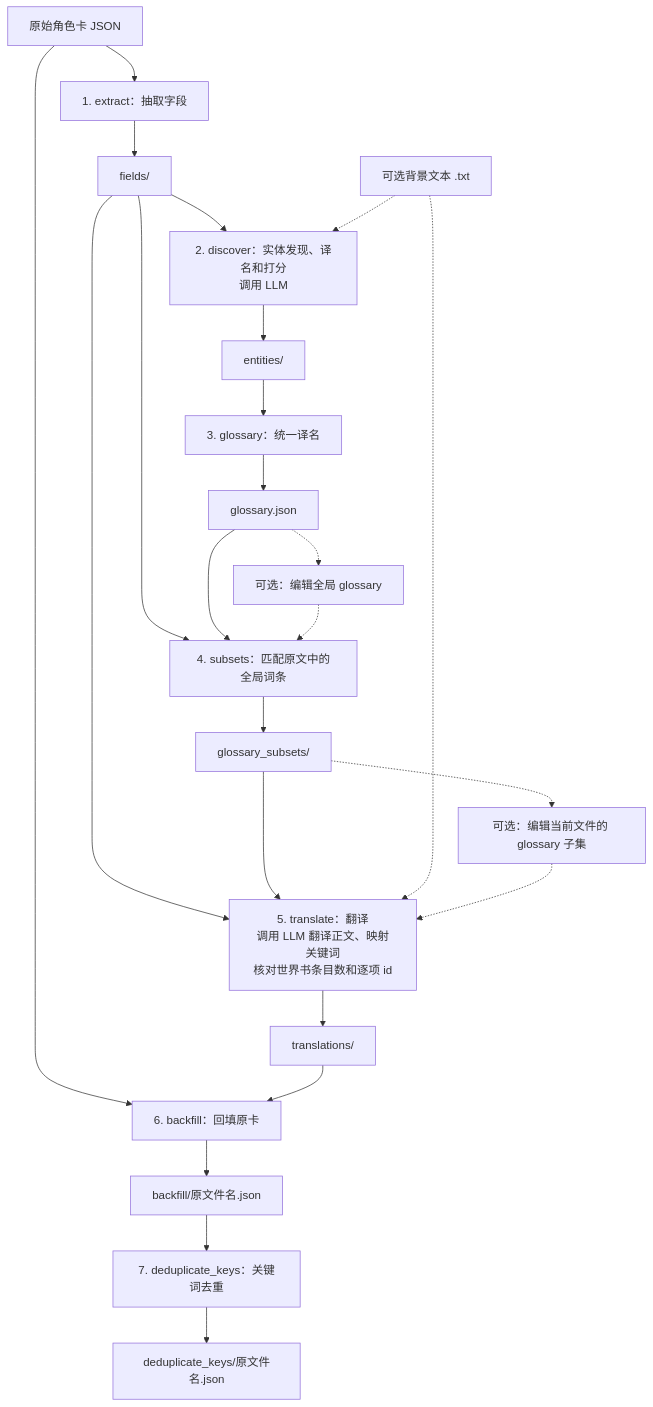
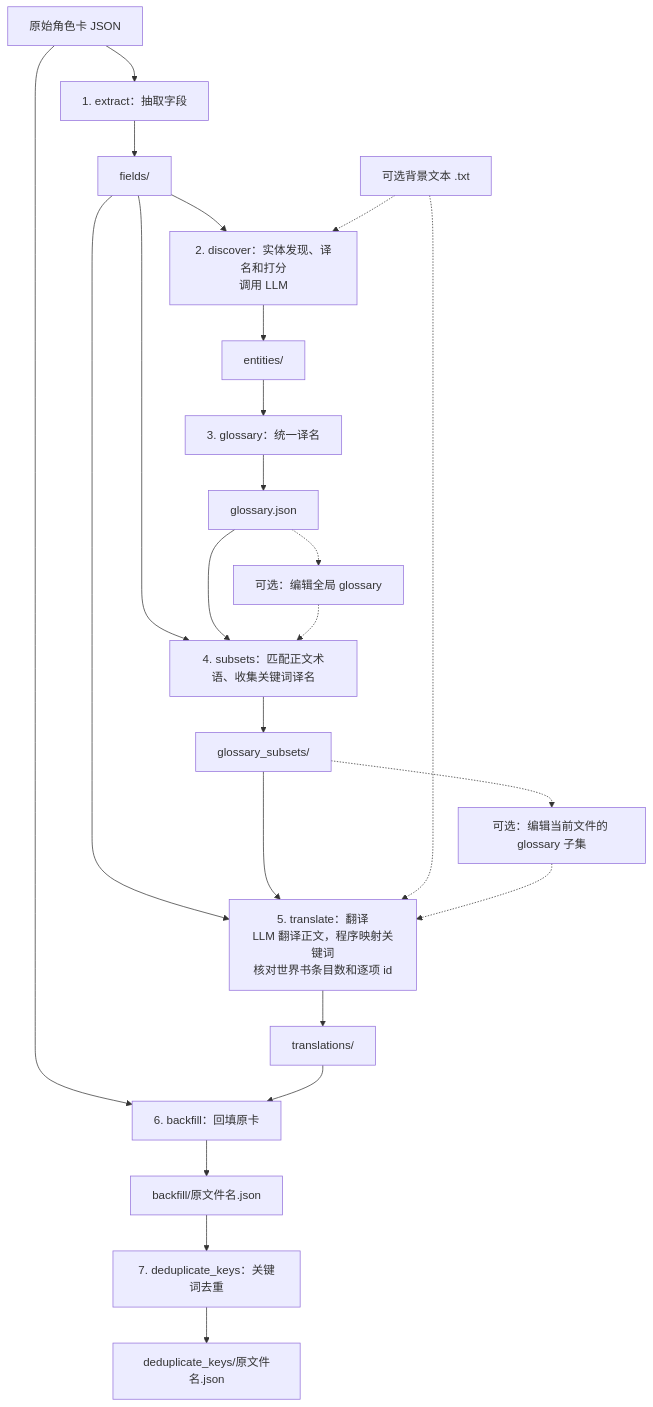
One commit to chansey97/st-character-card-translate changed the diagram in PLAN.md. Above: the diagram before and after it, drawn with Mermaid. The commit also changed other lines of this file, not shown here.

````diff
--- a/PLAN.md
+++ b/PLAN.md
@@ -11,26 +11,26 @@
 ```mermaid
 flowchart TD
     A[原始角色卡 JSON] --> B["1. extract：抽取字段"]
     B --> C["fields/"]
     C --> D["2. discover：实体发现、译名和打分<br/>调用 LLM"]
     D --> E["entities/"]
     E --> F["3. glossary：统一译名"]
     F --> G["glossary.json"]
-    C --> H["4. subsets：匹配原文中的全局词条"]
+    C --> H["4. subsets：匹配正文术语、收集关键词译名"]
     G --> H
     H --> I["glossary_subsets/"]
-    C --> J["5. translate：翻译<br/>调用 LLM 翻译正文、映射关键词<br/>核对世界书条目数和逐项 id"]
+    C --> J["5. translate：翻译<br/>LLM 翻译正文，程序映射关键词<br/>核对世界书条目数和逐项 id"]
     I --> J
     J --> K["translations/"]
     A --> L["6. backfill：回填原卡"]
     K --> L
     L --> M["backfill/原文件名.json"]
     M --> N["7. deduplicate_keys：关键词去重"]
     N --> O["deduplicate_keys/原文件名.json"]
     Z["可选背景文本 .txt"] -.-> D
     Z -.-> J
     G -.-> R["可选：编辑全局 glossary"]
     R -.-> H
     I -.-> S["可选：编辑当前文件的 glossary 子集"]
     S -.-> J
 ```
````
